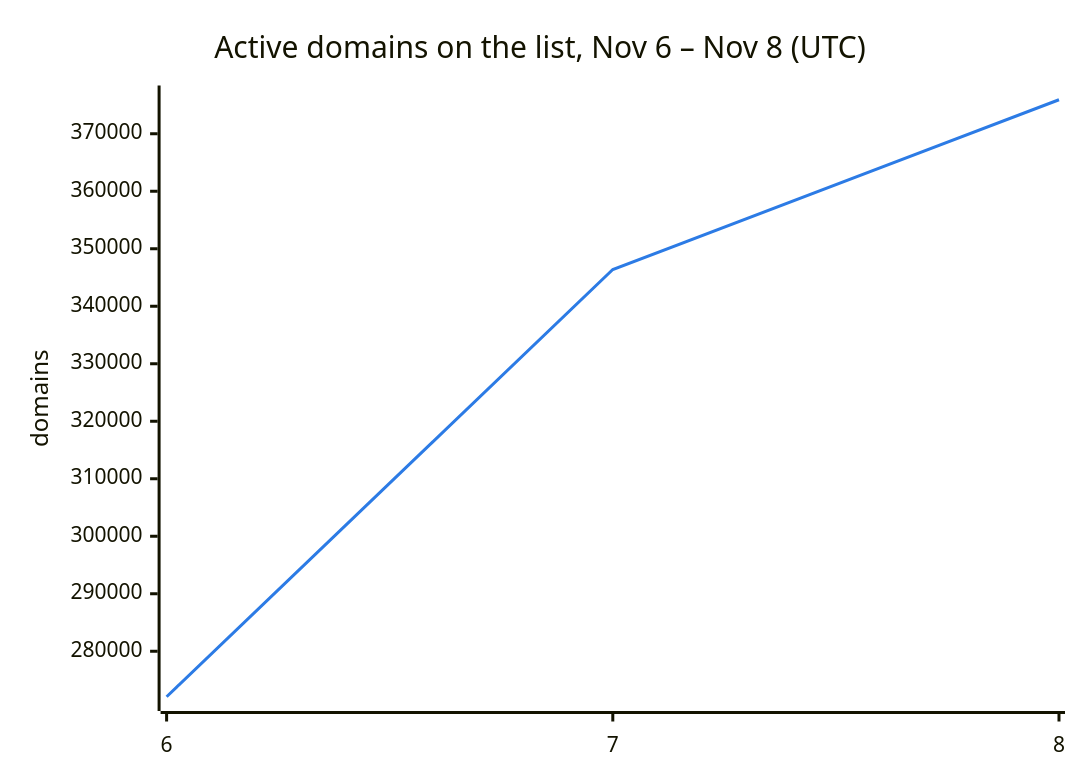
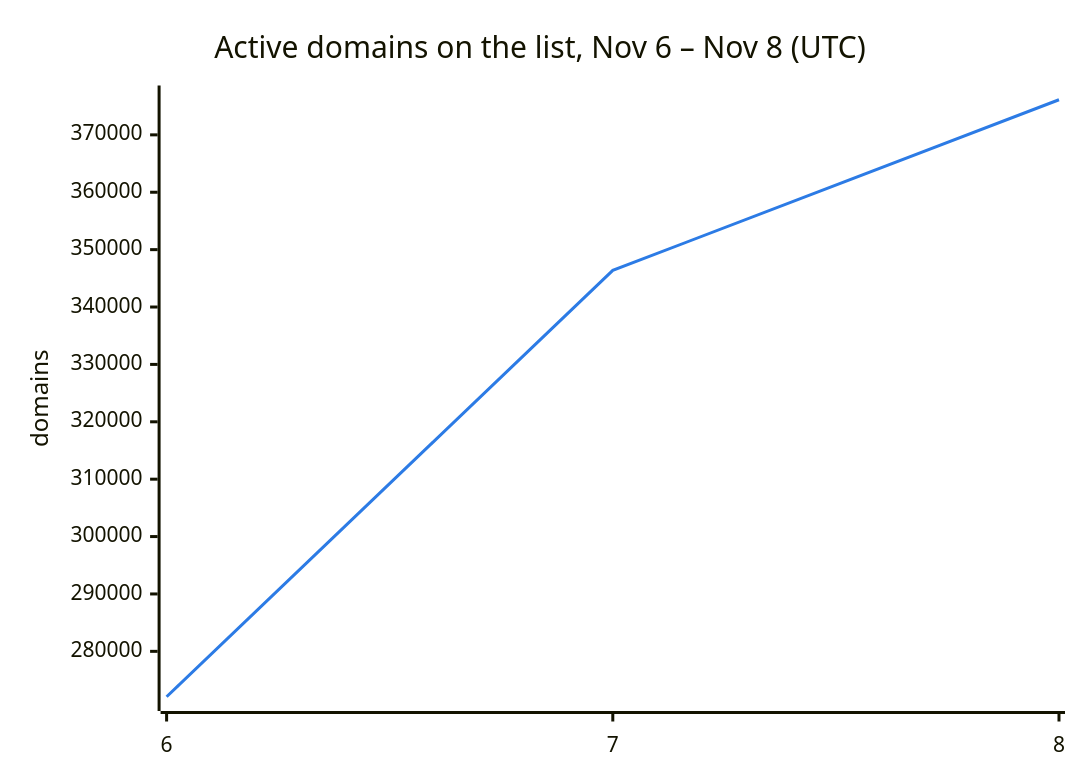
The second of 3 diagrams in README.md (DNSBunker/CTI), drawn with Mermaid before and after one commit. The commit also changed other lines of this file and 3 other files, not shown here.

````diff
--- a/README.md
+++ b/README.md
@@ -38,8 +38,8 @@
 ```mermaid
 %%{init: {"themeVariables": {"xyChart": {"plotColorPalette": "#2c7be5"}}}}%%
 xychart-beta
     title "Active domains on the list, Nov 6 – Nov 8 (UTC)"
     x-axis ["6", "7", "8"]
     y-axis "domains"
-    line [272088, 346388, 375913]
+    line [272088, 346388, 376118]
 ```
````
